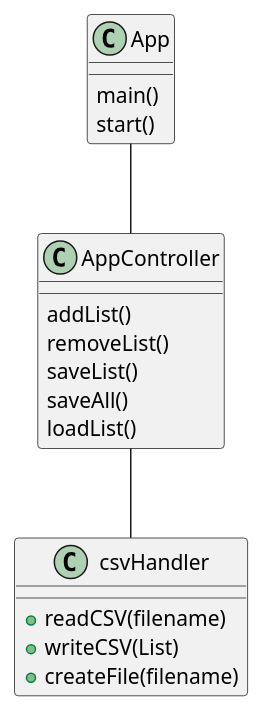
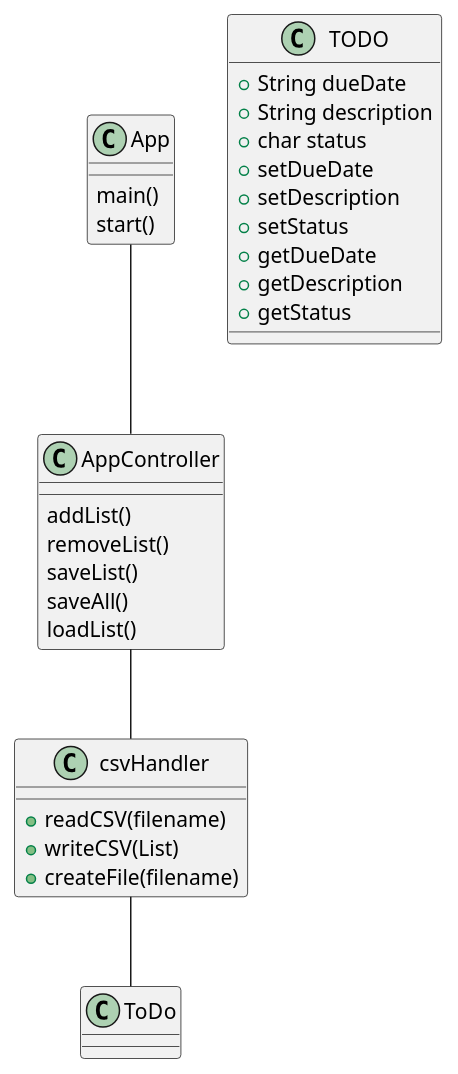
The diagram in UML/App.puml (AndresCKF/Rosales-COP3330-assignment4), drawn with PlantUML before and after one commit. The commit also changed 7 other files, not shown here.

```diff
--- a/UML/App.puml
+++ b/UML/App.puml
@@ -1,23 +1,36 @@
 @startuml
 'https://plantuml.com/sequence-diagram
 
 class App{
     main()
     start()
 }
 class AppController{
     addList()
     removeList()
     saveList()
     saveAll()
     loadList()
 
 }
+class TODO{
+    +String dueDate
+    +String description
+    +char status
+    +setDueDate
+    +setDescription
+    +setStatus
+    +getDueDate
+    +getDescription
+    +getStatus
+}
+
 class csvHandler {
     + readCSV(filename)
     + writeCSV(List)
     + createFile(filename)
 }
 App -- AppController
 AppController -- csvHandler
+csvHandler -- ToDo
 @enduml
```
